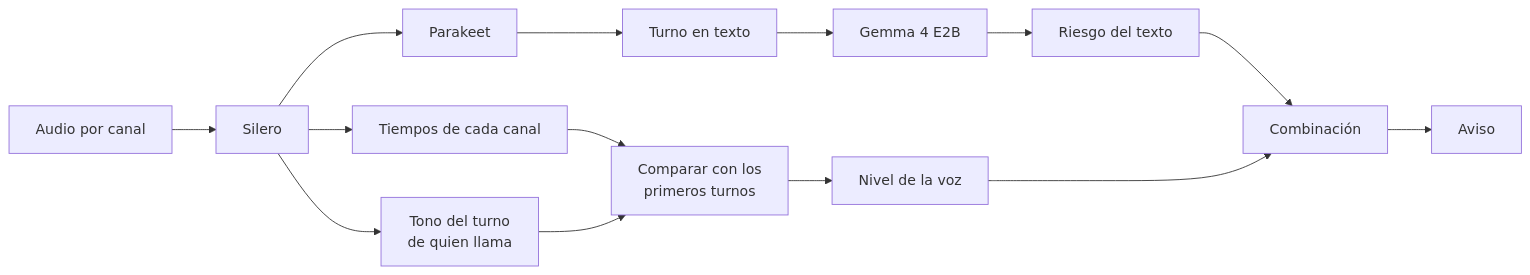
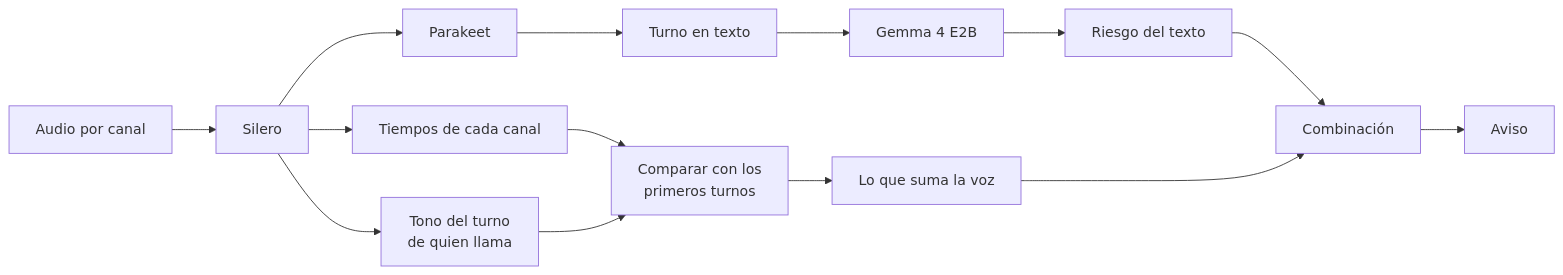
One commit to Corchets/bitacora_tesis changed the diagram in docs/investigacion/MEJORA-FUTURA-ANALISIS-ACUSTICO.md. Above: the diagram before and after it, drawn with Mermaid. The commit also changed other lines of this file and 1 other file, not shown here.

First line of the commit message:
docs: descartar umbrales fijos según la voz; la voz solo suma al riesgo del texto

````diff
--- a/docs/investigacion/MEJORA-FUTURA-ANALISIS-ACUSTICO.md
+++ b/docs/investigacion/MEJORA-FUTURA-ANALISIS-ACUSTICO.md
@@ -141,9 +143,9 @@
 ```mermaid
 flowchart LR
     A["Audio por canal"] --> V["Silero"] --> P["Parakeet"] --> T["Turno en texto"] --> G["Gemma 4 E2B"] --> R["Riesgo del texto"]
     V --> Q["Tiempos de cada canal"] --> N
-    V --> X["Tono del turno<br/>de quien llama"] --> N["Comparar con los<br/>primeros turnos"] --> S["Nivel de la voz"]
+    V --> X["Tono del turno<br/>de quien llama"] --> N["Comparar con los<br/>primeros turnos"] --> S["Lo que suma la voz"]
     R --> F["Combinación"]
     S --> F
     F --> AV["Aviso"]
 ```
````
